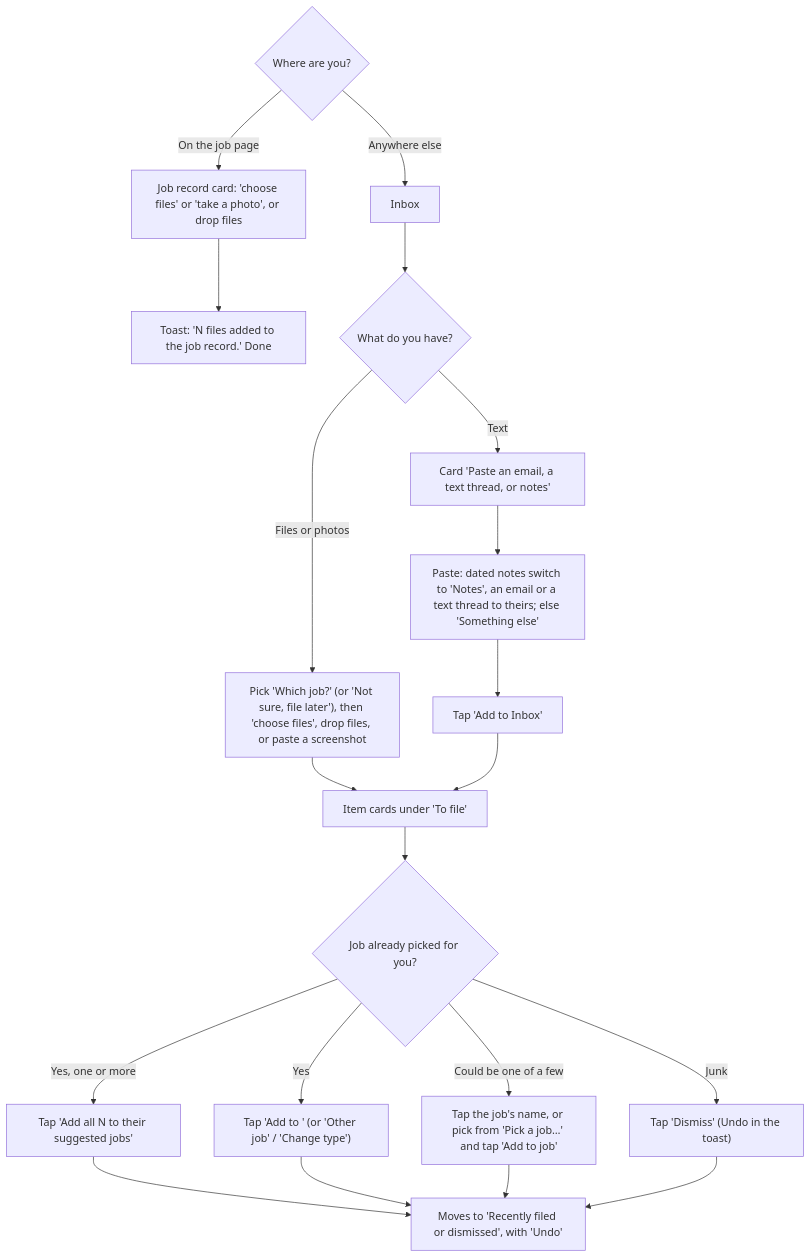
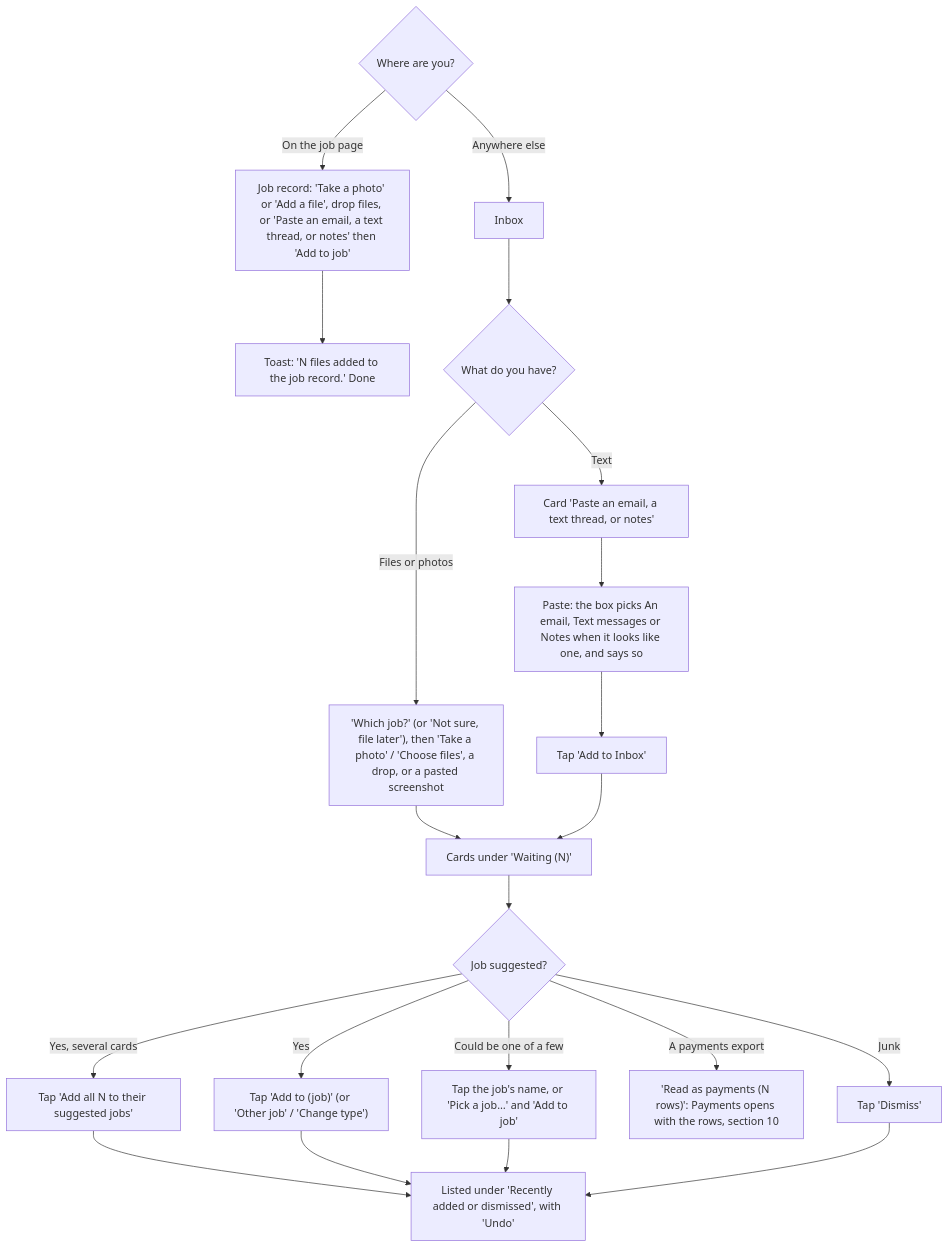
Before and after one commit to cartwrightstephen/billdable: the fifth of 15 diagrams in docs/client-flows.md, drawn with Mermaid. The commit also changed other lines of this file and 15 other files, not shown here.

First line of the commit message:
Round 6: R6-11 wireframes and flows caught up with the app

````diff
--- a/docs/client-flows.md
+++ b/docs/client-flows.md
@@ -185,22 +182,23 @@
 ```mermaid
 flowchart TD
-    A{"Where are you?"} -->|"On the job page"| B["Job record card: 'choose files' or 'take a photo', or drop files"]
+    A{"Where are you?"} -->|"On the job page"| B["Job record: 'Take a photo' or 'Add a file', drop files, or 'Paste an email, a text thread, or notes' then 'Add to job'"]
     B --> C["Toast: 'N files added to the job record.' Done"]
     A -->|"Anywhere else"| D["Inbox"]
     D --> E{"What do you have?"}
-    E -->|"Files or photos"| F["Pick 'Which job?' (or 'Not sure, file later'), then 'choose files', drop files, or paste a screenshot"]
+    E -->|"Files or photos"| F["'Which job?' (or 'Not sure, file later'), then 'Take a photo' / 'Choose files', a drop, or a pasted screenshot"]
     E -->|"Text"| G["Card 'Paste an email, a text thread, or notes'"]
-    G --> H["Paste: dated notes switch to 'Notes', an email or a text thread to theirs; else 'Something else'"]
+    G --> H["Paste: the box picks An email, Text messages or Notes when it looks like one, and says so"]
     H --> K["Tap 'Add to Inbox'"]
-    F --> L["Item cards under 'To file'"]
+    F --> L["Cards under 'Waiting (N)'"]
     K --> L
-    L --> M{"Job already picked for you?"}
-    M -->|"Yes, one or more"| N["Tap 'Add all N to their suggested jobs'"]
-    M -->|"Yes"| O["Tap 'Add to <job>' (or 'Other job' / 'Change type')"]
-    M -->|"Could be one of a few"| P["Tap the job's name, or pick from 'Pick a job…' and tap 'Add to job'"]
-    M -->|"Junk"| Q["Tap 'Dismiss' (Undo in the toast)"]
-    N --> R["Moves to 'Recently filed or dismissed', with 'Undo'"]
+    L --> M{"Job suggested?"}
+    M -->|"Yes, several cards"| N["Tap 'Add all N to their suggested jobs'"]
+    M -->|"Yes"| O["Tap 'Add to (job)' (or 'Other job' / 'Change type')"]
+    M -->|"Could be one of a few"| P["Tap the job's name, or 'Pick a job…' and 'Add to job'"]
+    M -->|"A payments export"| PAY["'Read as payments (N rows)': Payments opens with the rows, section 10"]
+    M -->|"Junk"| Q["Tap 'Dismiss'"]
+    N --> R["Listed under 'Recently added or dismissed', with 'Undo'"]
     O --> R
     P --> R
     Q --> R
 ```
````
